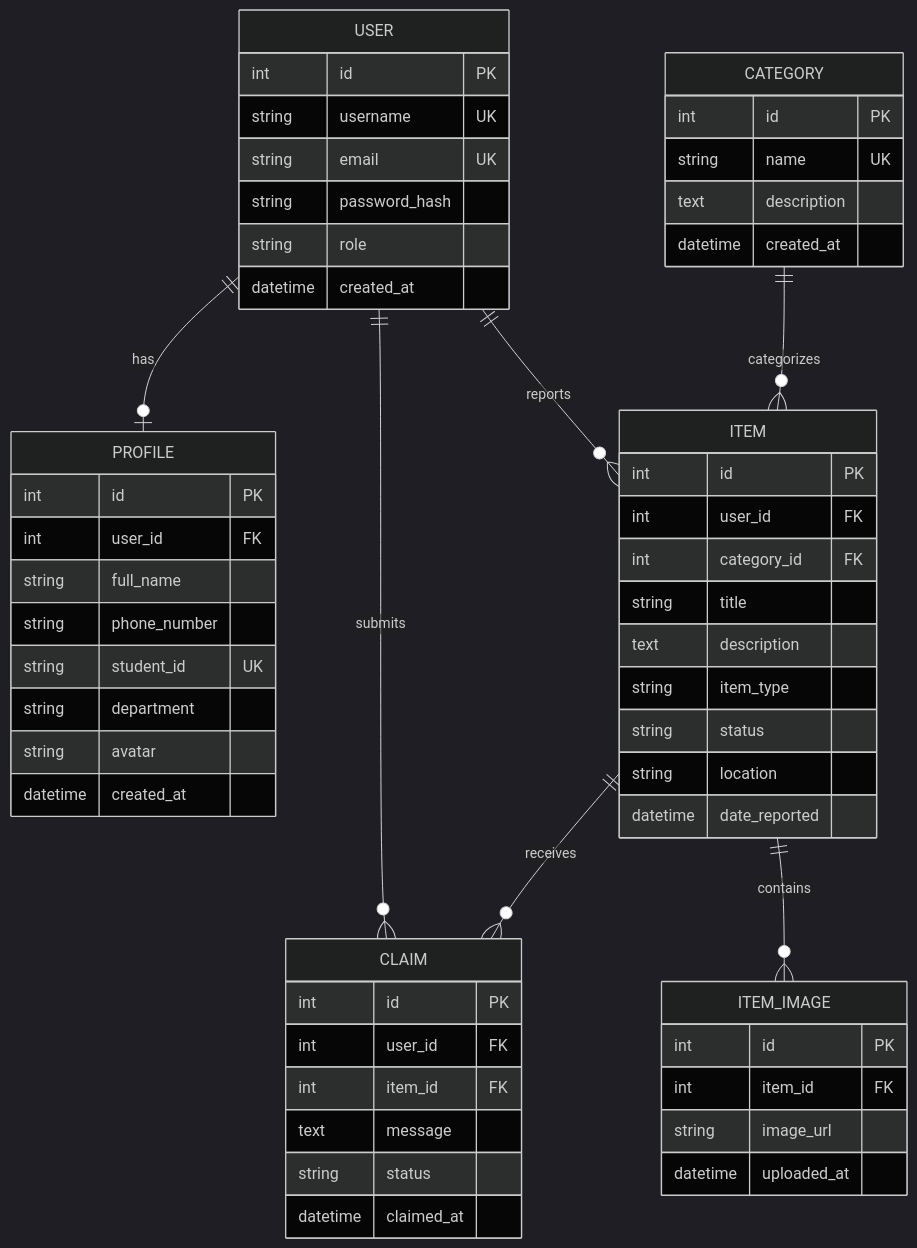
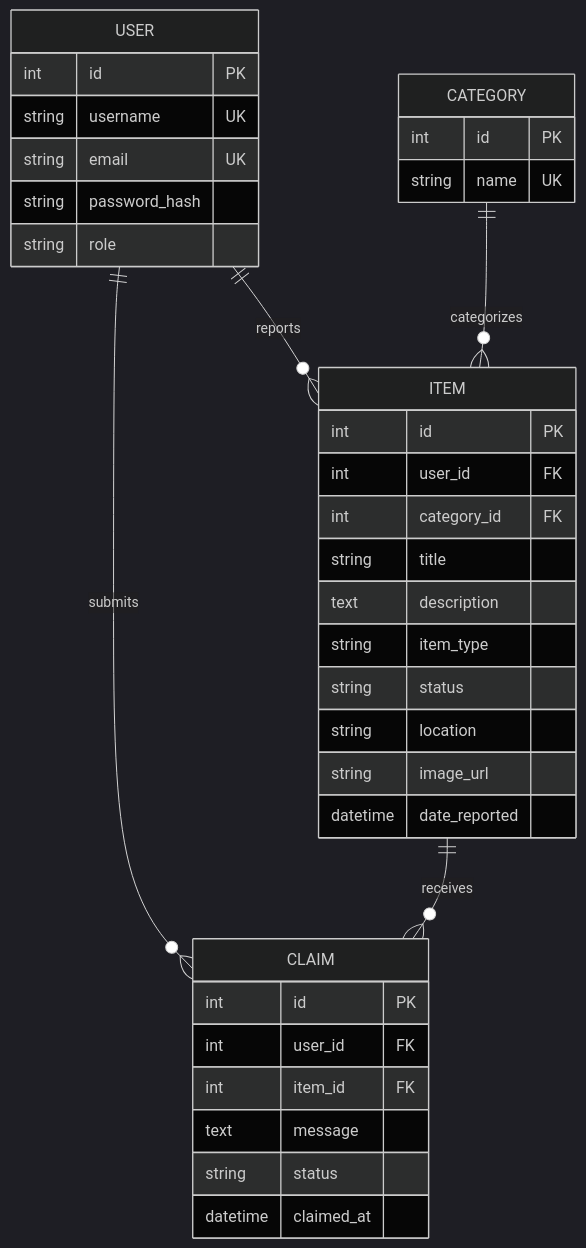
Before and after one commit to armstrong-khisa/Campus-Lost-and-Found-Management-System: the diagram in README.md, drawn with Mermaid (dark theme). The commit also changed other lines of this file and 5 other files, not shown here.

Commit message:
Update project documentation and align schemas with database models

````diff
--- a/README.md
+++ b/README.md
@@ -190,64 +207,42 @@
 ```mermaid
 erDiagram
-    USER ||--o| PROFILE : has
     USER ||--o{ ITEM : reports
     CATEGORY ||--o{ ITEM : categorizes
-    ITEM ||--o{ ITEM_IMAGE : contains
     USER ||--o{ CLAIM : submits
     ITEM ||--o{ CLAIM : receives
 
     USER {
         int id PK
         string username UK
         string email UK
         string password_hash
         string role
-        datetime created_at
-    }
-
-    PROFILE {
-        int id PK
-        int user_id FK
-        string full_name
-        string phone_number
-        string student_id UK
-        string department
-        string avatar
-        datetime created_at
     }
 
     CATEGORY {
         int id PK
         string name UK
-        text description
-        datetime created_at
     }
 
     ITEM {
         int id PK
         int user_id FK
         int category_id FK
         string title
         text description
         string item_type
         string status
         string location
+        string image_url
         datetime date_reported
-    }
-
-    ITEM_IMAGE {
-        int id PK
-        int item_id FK
-        string image_url
-        datetime uploaded_at
     }
 
     CLAIM {
         int id PK
         int user_id FK
         int item_id FK
         text message
         string status
         datetime claimed_at
     }
 ```
````
